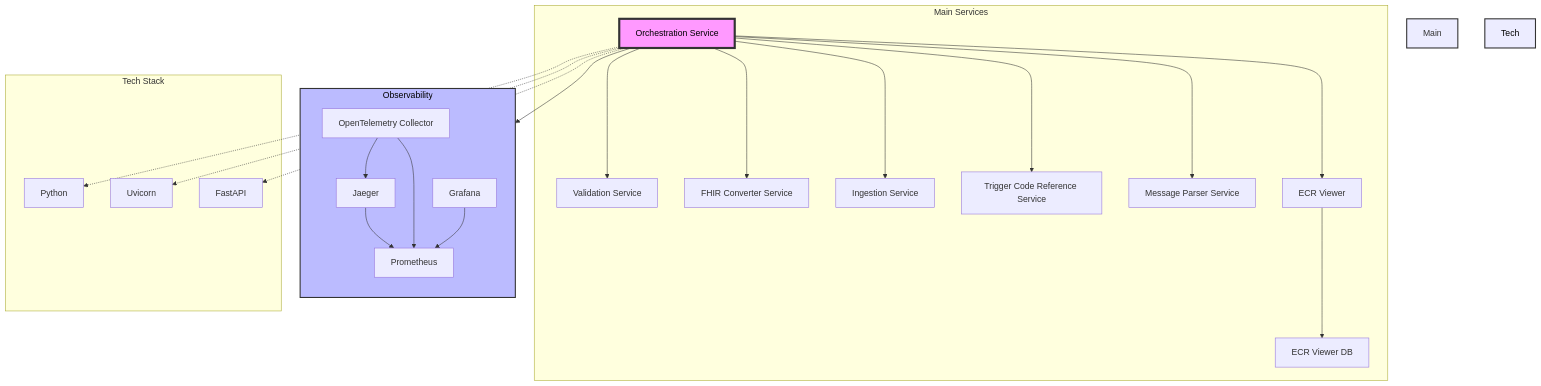
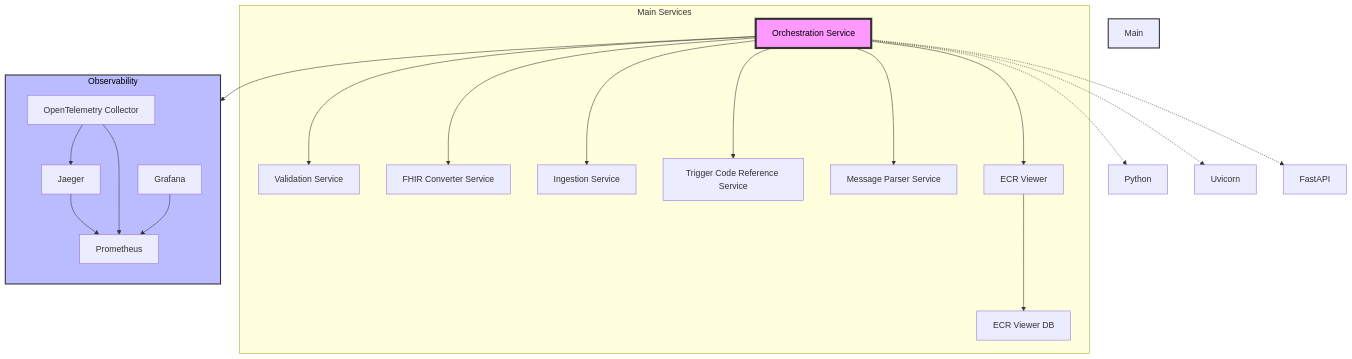
Before and after one commit to CDCgov/phdi: the first of 2 diagrams in containers/orchestration/description.md, drawn with Mermaid.

````diff
--- a/containers/orchestration/description.md
+++ b/containers/orchestration/description.md
@@ -92,38 +92,35 @@
 ```mermaid
 graph TD
     subgraph Main Services
         A[Orchestration Service]
         A --> B[Validation Service]
         A --> C[FHIR Converter Service]
         A --> D[Ingestion Service]
         A --> E[Trigger Code Reference Service]
         A --> F[Message Parser Service]
         A --> G[ECR Viewer]
         G --> H[ECR Viewer DB]
     end
 
     subgraph Observability
         direction TB
         I[Jaeger] --> J[Prometheus]
         K[OpenTelemetry Collector] --> J
         K --> I
         L[Grafana] --> J
     end
 
     A --> I
 
-    subgraph Tech Stack
-        M[Python]
-        N[Uvicorn]
-        O[FastAPI]
-    end
+    M[Python]
+    N[Uvicorn]
+    O[FastAPI]
 
     A -.-> M
     A -.-> N
     A -.-> O
 
     style A fill:#f9f,stroke:#333,stroke-width:4px,color:#000
     style Main Services fill:#bbf,stroke:#333,stroke-width:2px
     style Observability fill:#bbf,stroke:#333,stroke-width:2px,color:#000
-    style Tech Stack fill:#bbf,stroke:#333,stroke-width:2px,color:#000
 ```
````
